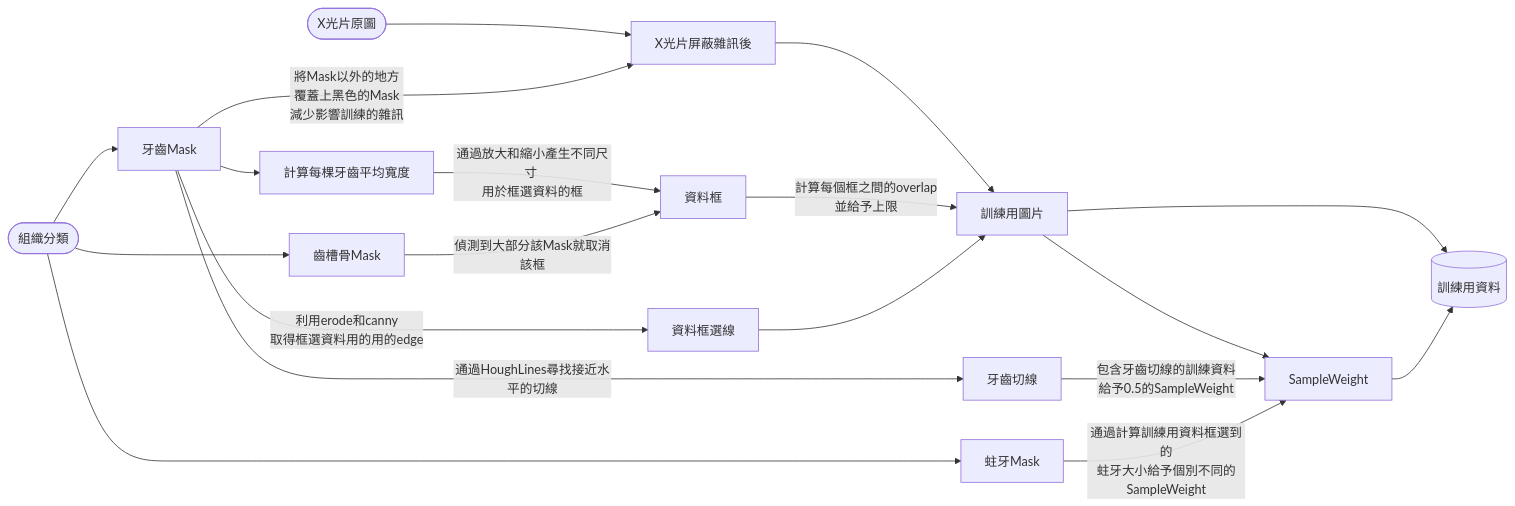
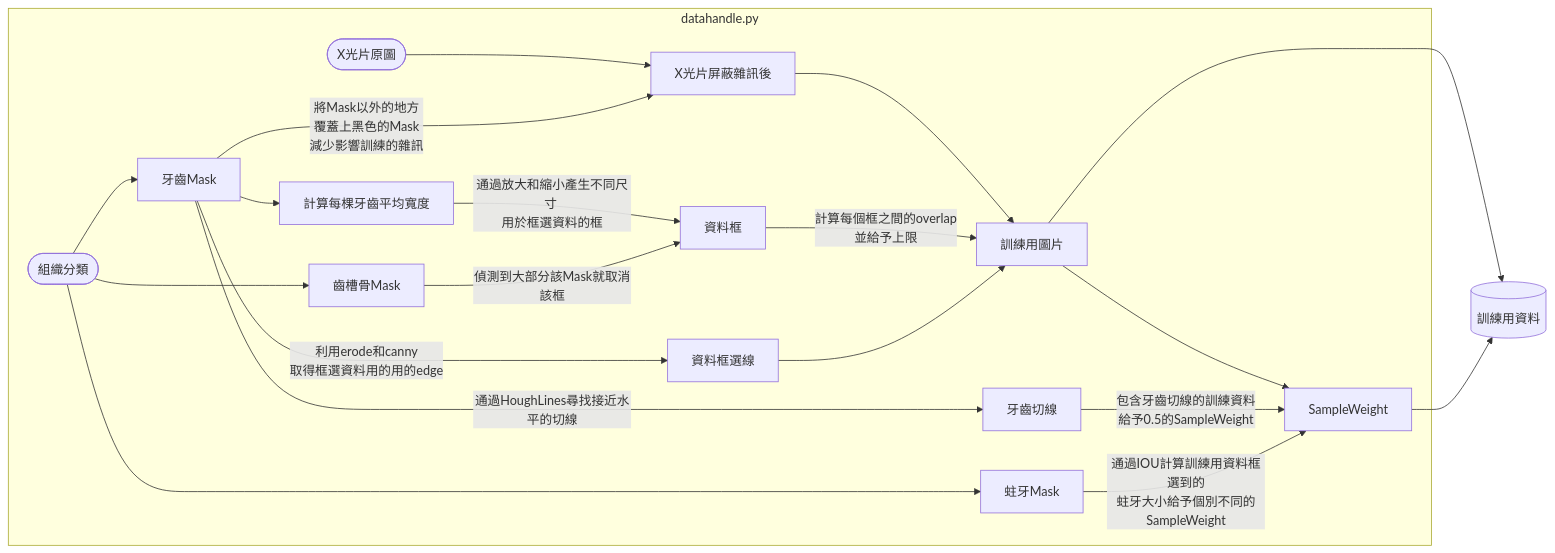
The diagram in Edge Frame Detection/README.md (JasonYeongg/CariesDetection), drawn with Mermaid before and after one commit.

````diff
--- a/Edge Frame Detection/README.md
+++ b/Edge Frame Detection/README.md
@@ -63,21 +63,23 @@
 ```mermaid
 flowchart LR
+subgraph datahandle.py
 A([X光片原圖]) --> F[X光片屏蔽雜訊後]
 B([組織分類]) --> C[牙齒Mask]
 B --> D[蛀牙Mask]
 B --> E[齒槽骨Mask]
 C --> G[計算每棵牙齒平均寬度]
 C -->|將Mask以外的地方 \n覆蓋上黑色的Mask \n減少影響訓練的雜訊| F
 C -->|利用erode和canny \n取得框選資料用的用的edge| H[資料框選線]
 G -->|通過放大和縮小產生不同尺寸 \n用於框選資料的框| I[資料框]
 E -->|偵測到大部分該Mask就取消該框| I
 F --> J[訓練用圖片]
 I -->|計算每個框之間的overlap\n並給予上限| J
 H --> J
 C -->|通過HoughLines尋找接近水平的切線| K[牙齒切線]
 J --> L[SampleWeight]
 K -->|包含牙齒切線的訓練資料\n給予0.5的SampleWeight| L
-D -->|通過計算訓練用資料框選到的\n蛀牙大小給予個別不同的SampleWeight| L
+D -->|通過IOU計算訓練用資料框選到的\n蛀牙大小給予個別不同的SampleWeight| L
+end
 J --> M[(訓練用資料)]
 L --> M
 ```
````
